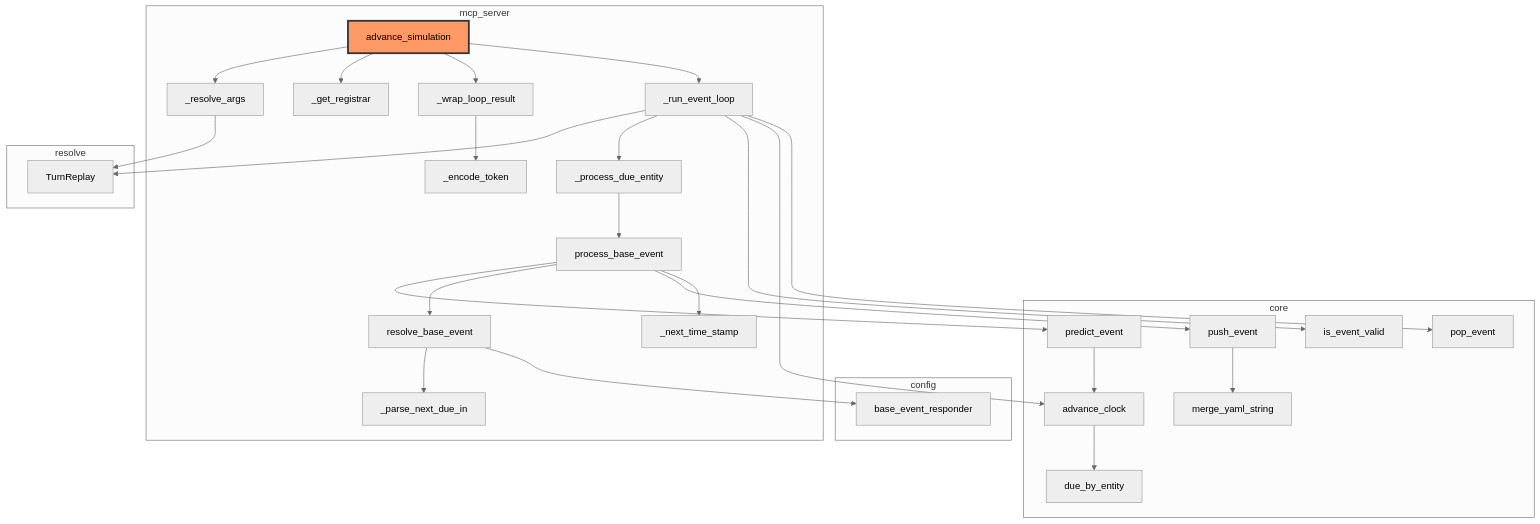
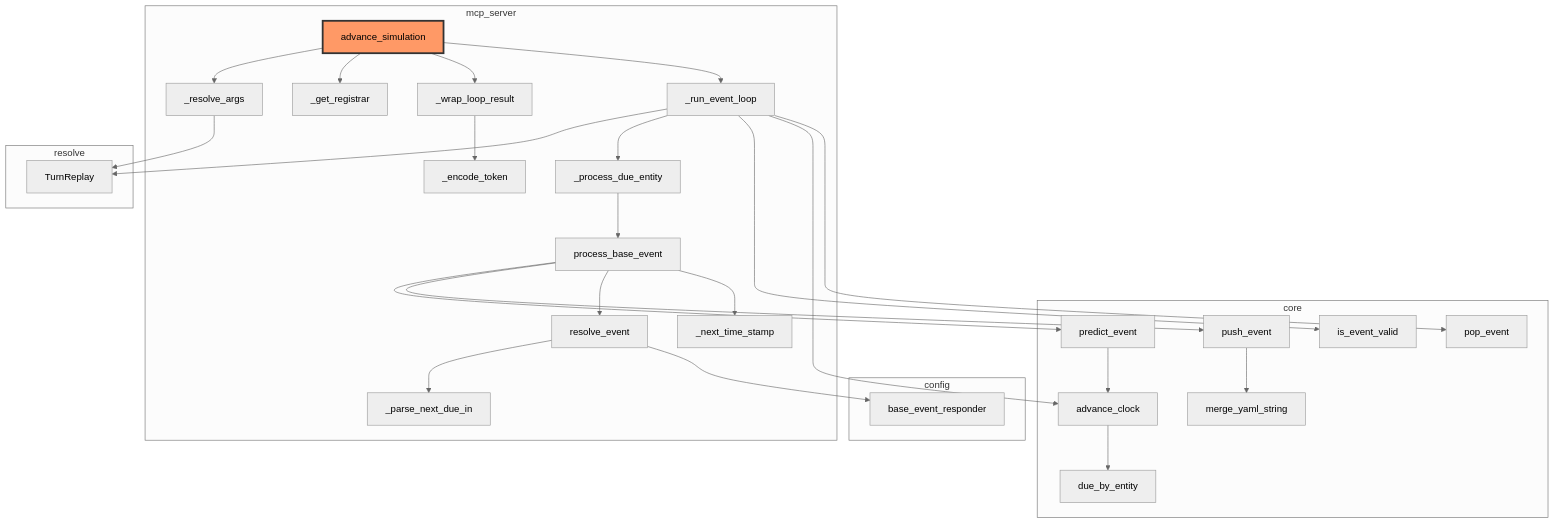
Before and after one commit to zhafen/story-simulator: the first of 2 diagrams in docs/architecture/advance_simulation.md, drawn with Mermaid (neutral theme). The commit also changed other lines of this file and 5 other files, not shown here.

First line of the commit message:
Rename resolve_base_event to resolve_event

````diff
--- a/docs/architecture/advance_simulation.md
+++ b/docs/architecture/advance_simulation.md
@@ -46,54 +46,54 @@
 ```mermaid
 flowchart TD
     subgraph sg0["config"]
-        n18["base_event_responder"]
+        n19["base_event_responder"]
     end
     subgraph sg1["core"]
         n8["is_event_valid"]
         n9["advance_clock"]
         n10["pop_event"]
         n12["due_by_entity"]
         n13["predict_event"]
-        n15["push_event"]
-        n19["merge_yaml_string"]
+        n14["push_event"]
+        n17["merge_yaml_string"]
     end
     subgraph sg2["mcp_server"]
         n0["advance_simulation"]
         n1["_resolve_args"]
         n2["_get_registrar"]
         n3["_wrap_loop_result"]
         n4["_run_event_loop"]
         n6["_encode_token"]
         n7["_process_due_entity"]
         n11["process_base_event"]
-        n14["resolve_base_event"]
+        n15["resolve_event"]
         n16["_next_time_stamp"]
-        n17["_parse_next_due_in"]
+        n18["_parse_next_due_in"]
     end
     subgraph sg3["resolve"]
         n5["TurnReplay"]
     end
     n0 --> n1
     n0 --> n2
     n0 --> n3
     n0 --> n4
     n1 --> n5
     n3 --> n6
     n4 --> n5
     n4 --> n7
     n4 --> n8
     n4 --> n9
     n4 --> n10
     n7 --> n11
     n9 --> n12
     n11 --> n13
     n11 --> n14
     n11 --> n15
     n11 --> n16
     n13 --> n9
     n14 --> n17
-    n14 --> n18
+    n15 --> n18
     n15 --> n19
     class n0 rootNode
     classDef rootNode fill:#f96,stroke:#333,stroke-width:3px
 ```
````
